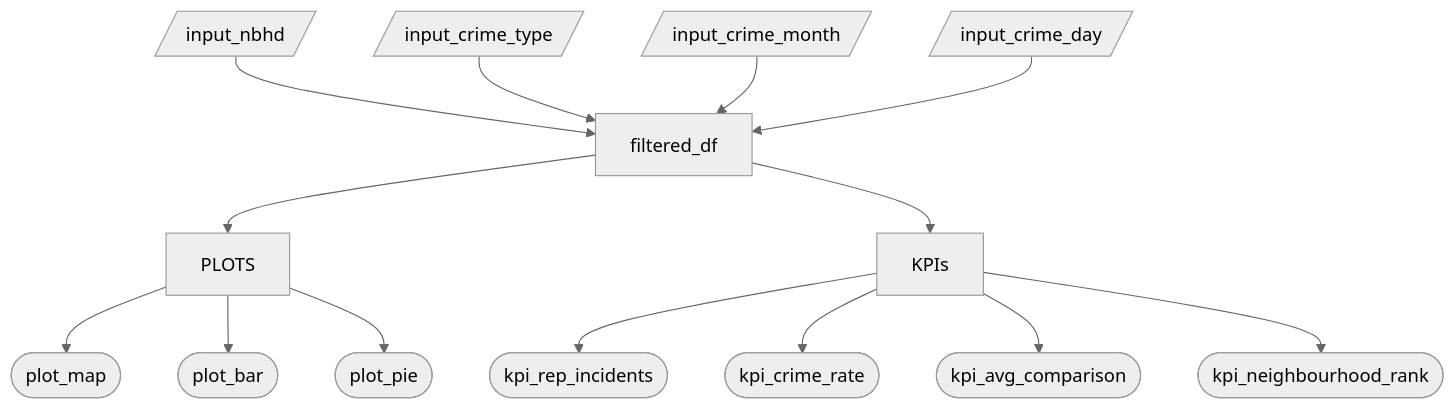
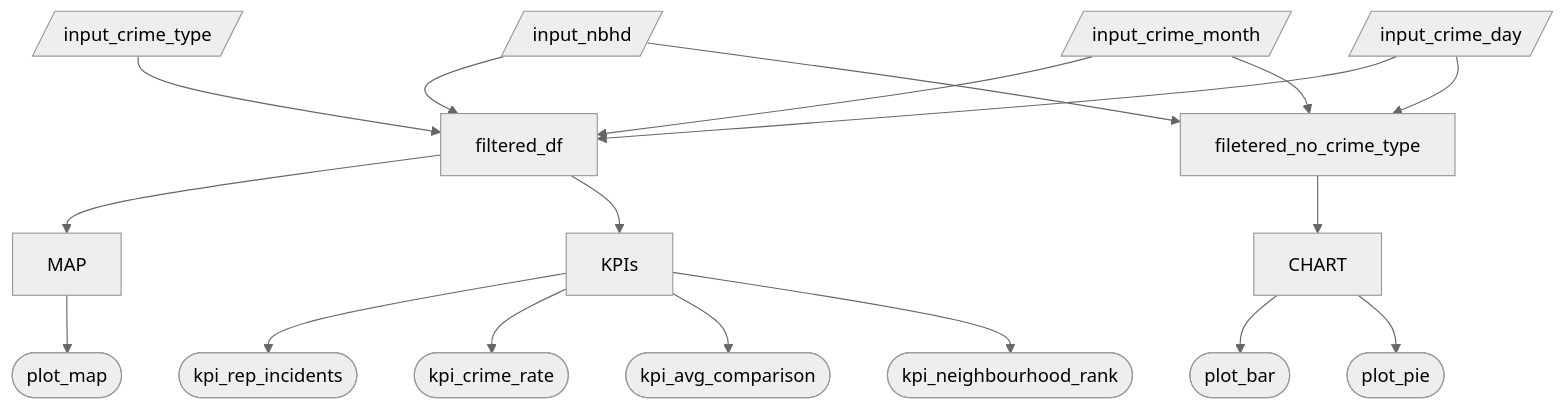
One commit to UBC-MDS/DSCI-532_2026_7_vancouver-neighbourhood-safety changed the diagram in reports/m2_spec.md. Above: the diagram before and after it, drawn with Mermaid (neutral theme). The commit also changed other lines of this file and 1 other file, not shown here.

Commit message:
Updated inventory, calculations, and mermaid chart

````diff
--- a/reports/m2_spec.md
+++ b/reports/m2_spec.md
@@ -27,18 +36,23 @@
 ```mermaid 
 flowchart TD
     A[/input_nbhd/] --> F[filtered_df]
     B[/input_crime_type/] --> F
     C[/input_crime_month/] --> F
     D[/input_crime_day/] --> F
+
+    A[/input_nbhd/] --> F2[filetered_no_crime_type]
+    C[/input_crime_month/] --> F2
+    D[/input_crime_day/] --> F2
     
-    F --> PLOTS[PLOTS]
+    F --> MAP[MAP]
     F --> KPIS[KPIs]
+    F2 -->CHART[CHART]
 
-    PLOTS --> P1([plot_map])
-    PLOTS --> P2([plot_bar])
-    PLOTS --> P3([plot_pie])
+    MAP --> P1([plot_map])
+    CHART --> P2([plot_bar])
+    CHART --> P3([plot_pie])
     KPIS --> K1([kpi_rep_incidents])
     KPIS --> K2([kpi_crime_rate])
     KPIS --> K3([kpi_avg_comparison])
     KPIS --> K4([kpi_neighbourhood_rank])
 ```
````
